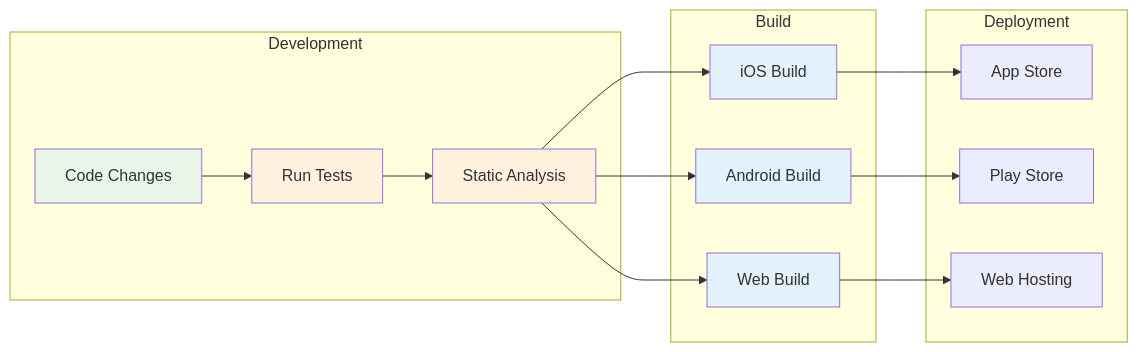
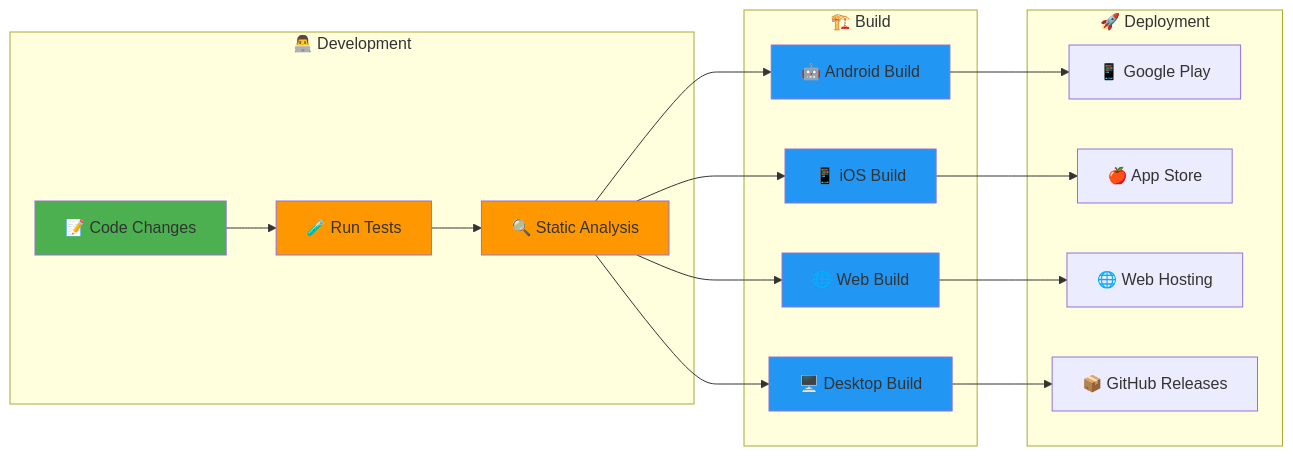
One commit to sagarkhakhar/ExpenseTracker changed the eighth of 8 diagrams in README.md. Above: the diagram before and after it, drawn with Mermaid. The commit also changed other lines of this file, not shown here.

````diff
--- a/README.md
+++ b/README.md
@@ -399,37 +788,42 @@
 ```mermaid
 graph LR
-    subgraph "Development"
-        Code[Code Changes]
-        Test[Run Tests]
-        Lint[Static Analysis]
+    subgraph "👨‍💻 Development"
+        Code[📝 Code Changes]
+        Test[🧪 Run Tests]
+        Lint[🔍 Static Analysis]
     end
 
-    subgraph "Build"
-        Android[Android Build]
-        iOS[iOS Build]
-        Web[Web Build]
+    subgraph "🏗️ Build"
+        Android[🤖 Android Build]
+        iOS[📱 iOS Build]
+        Web[🌐 Web Build]
+        Desktop[🖥️ Desktop Build]
     end
 
-    subgraph "Deployment"
-        Store[App Store]
-        PlayStore[Play Store]
-        WebHost[Web Hosting]
+    subgraph "🚀 Deployment"
+        PlayStore[📱 Google Play]
+        AppStore[🍎 App Store]
+        WebHost[🌐 Web Hosting]
+        GitHub[📦 GitHub Releases]
     end
 
     Code --> Test
     Test --> Lint
     Lint --> Android
     Lint --> iOS
     Lint --> Web
+    Lint --> Desktop
 
     Android --> PlayStore
-    iOS --> Store
+    iOS --> AppStore
     Web --> WebHost
+    Desktop --> GitHub
 
-    style Code fill:#e8f5e8
-    style Test fill:#fff3e0
-    style Lint fill:#fff3e0
-    style Android fill:#e3f2fd
-    style iOS fill:#e3f2fd
-    style Web fill:#e3f2fd
+    style Code fill:#4caf50
+    style Test fill:#ff9800
+    style Lint fill:#ff9800
+    style Android fill:#2196f3
+    style iOS fill:#2196f3
+    style Web fill:#2196f3
+    style Desktop fill:#2196f3
 ```
````
